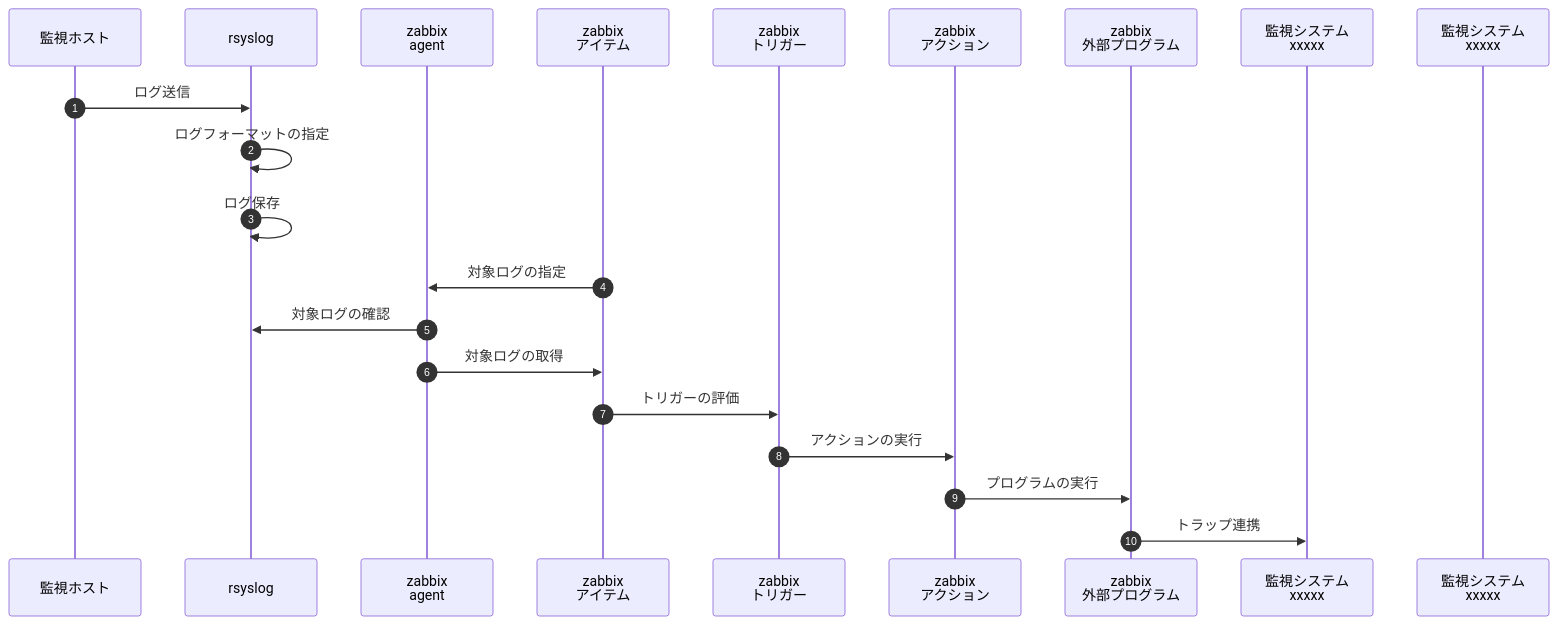
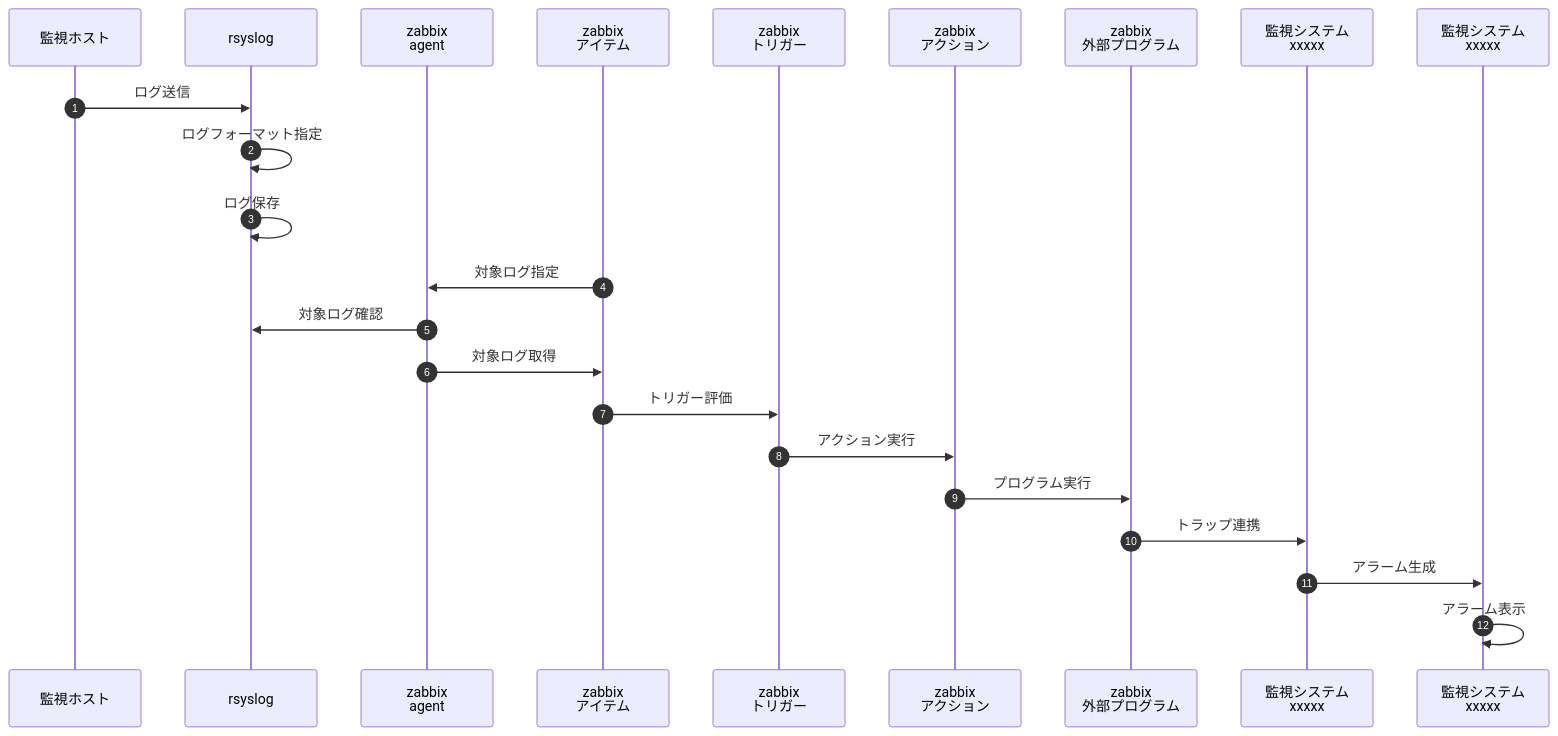
One commit to panda-git-hub/handbook changed the second of 2 diagrams in README.md. Above: the diagram before and after it, drawn with Mermaid.

````diff
--- a/README.md
+++ b/README.md
@@ -21,23 +21,25 @@
 ```mermaid
 sequenceDiagram
   autonumber
   participant A as 監視ホスト
   participant B as rsyslog
   participant C as zabbix<br>agent
   participant D as zabbix<br>アイテム
   participant E as zabbix<br>トリガー
   participant F as zabbix<br>アクション
   participant G as zabbix<br>外部プログラム
   participant H as 監視システム<br>xxxxx
   participant I as 監視システム<br>xxxxx
   A->>B: ログ送信
-  B->>B: ログフォーマットの指定
+  B->>B: ログフォーマット指定
   B->>B: ログ保存
-  D->>C: 対象ログの指定
-  C->>B: 対象ログの確認
-  C->>D: 対象ログの取得
-  D->>E: トリガーの評価
-  E->>F: アクションの実行
-  F->>G: プログラムの実行
+  D->>C: 対象ログ指定
+  C->>B: 対象ログ確認
+  C->>D: 対象ログ取得
+  D->>E: トリガー評価
+  E->>F: アクション実行
+  F->>G: プログラム実行
   G->>H: トラップ連携
+  H->>I: アラーム生成
+  I->>I: アラーム表示
 ```
````
